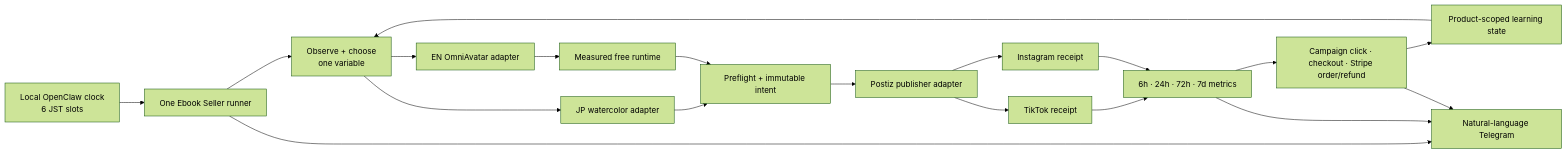
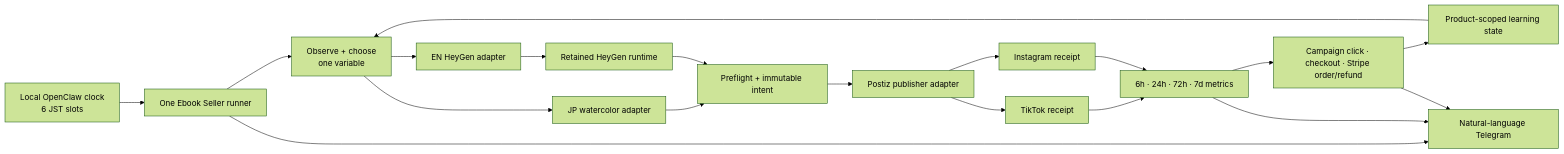
One commit to Daisuke134/anicca changed the first of 3 diagrams in specs/28-EBOOK-SELLER-DUAL-MONK-LOOPS.md. Above: the diagram before and after it, drawn with Mermaid (forest theme). The commit also changed other lines of this file and 1 other file, not shown here.

````diff
--- a/specs/28-EBOOK-SELLER-DUAL-MONK-LOOPS.md
+++ b/specs/28-EBOOK-SELLER-DUAL-MONK-LOOPS.md
@@ -75,21 +75,21 @@
 ```mermaid
 flowchart LR
     Clock[Local OpenClaw clock\n6 JST slots] --> Runner[One Ebook Seller runner]
     Runner --> Decide[Observe + choose\none variable]
     Decide --> JP[JP watercolor adapter]
-    Decide --> EN[EN OmniAvatar adapter]
+    Decide --> EN[EN HeyGen adapter]
     JP --> Guard[Preflight + immutable intent]
-    EN --> Free[Measured free runtime]
-    Free --> Guard
+    EN --> HeyGen[Retained HeyGen runtime]
+    HeyGen --> Guard
     Guard --> Postiz[Postiz publisher adapter]
     Postiz --> TT[TikTok receipt]
     Postiz --> IG[Instagram receipt]
     TT --> Metrics[6h · 24h · 72h · 7d metrics]
     IG --> Metrics
     Metrics --> Funnel[Campaign click · checkout · Stripe order/refund]
     Funnel --> Learn[Product-scoped learning state]
     Learn --> Decide
     Runner --> Telegram[Natural-language Telegram]
     Metrics --> Telegram
     Funnel --> Telegram
 ```
````
